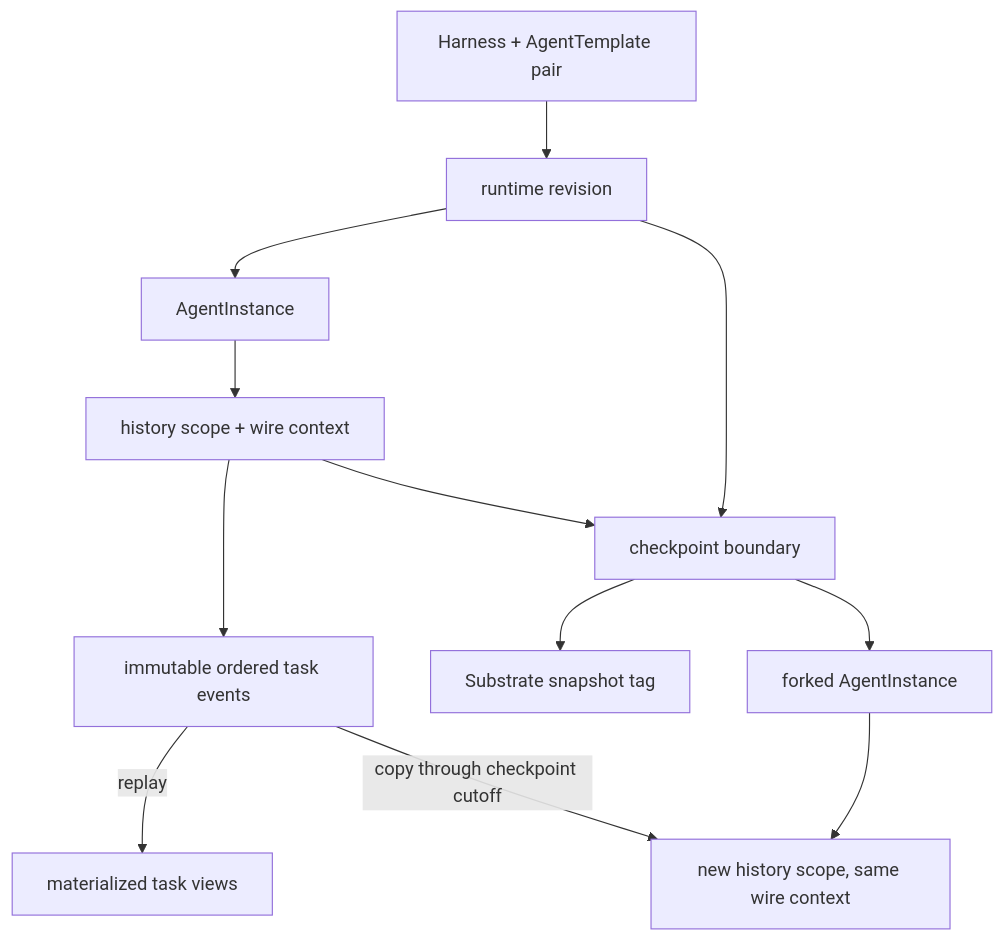
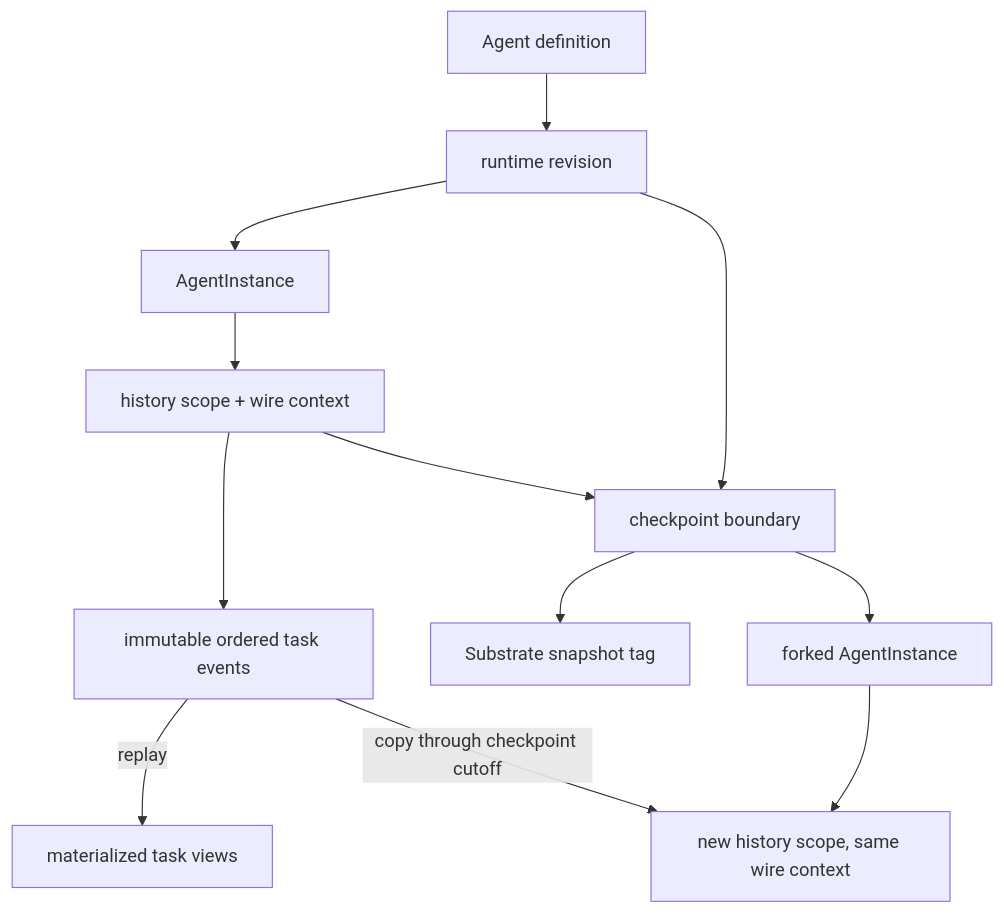
The diagram in docs/architecture/persistence-checkpoints-and-forks.md (kagent-dev/kagent), drawn with Mermaid before and after one commit. The commit also changed other lines of this file and 173 other files, not shown here.

````diff
--- a/docs/architecture/persistence-checkpoints-and-forks.md
+++ b/docs/architecture/persistence-checkpoints-and-forks.md
@@ -39,14 +39,14 @@
 ```mermaid
 flowchart TD
-    PAIR[Harness + AgentTemplate pair] --> REV[runtime revision]
+    PAIR[Agent definition] --> REV[runtime revision]
     REV --> INSTANCE[AgentInstance]
     INSTANCE --> CONTEXT[history scope + wire context]
     CONTEXT --> EVENT[immutable ordered task events]
     EVENT -->|replay| TASK[materialized task views]
     CONTEXT --> CHECKPOINT[checkpoint boundary]
     REV --> CHECKPOINT
     CHECKPOINT --> TAG[Substrate snapshot tag]
     CHECKPOINT --> FORK[forked AgentInstance]
     FORK --> NEWCTX[new history scope, same wire context]
     EVENT -->|copy through checkpoint cutoff| NEWCTX
 ```
````
